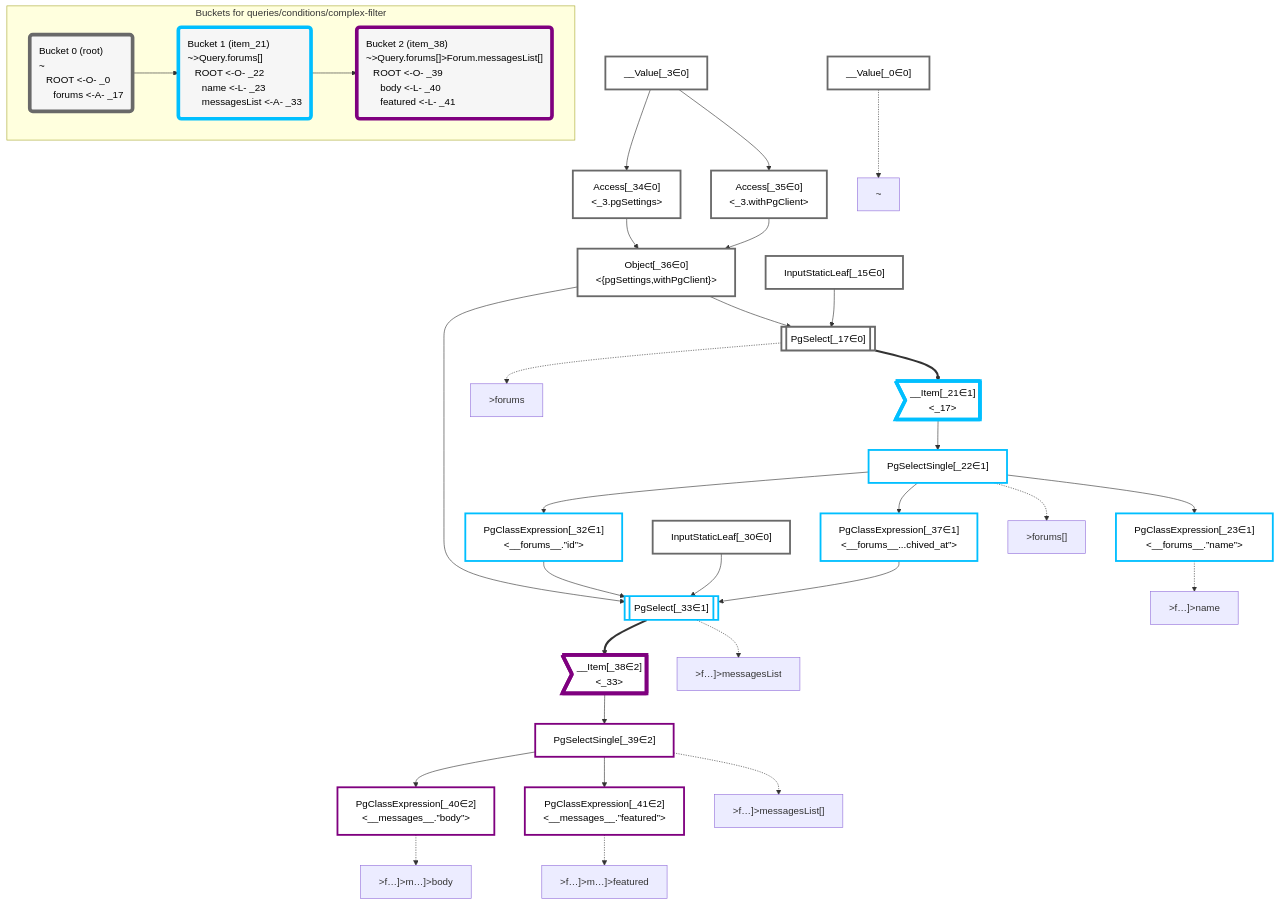
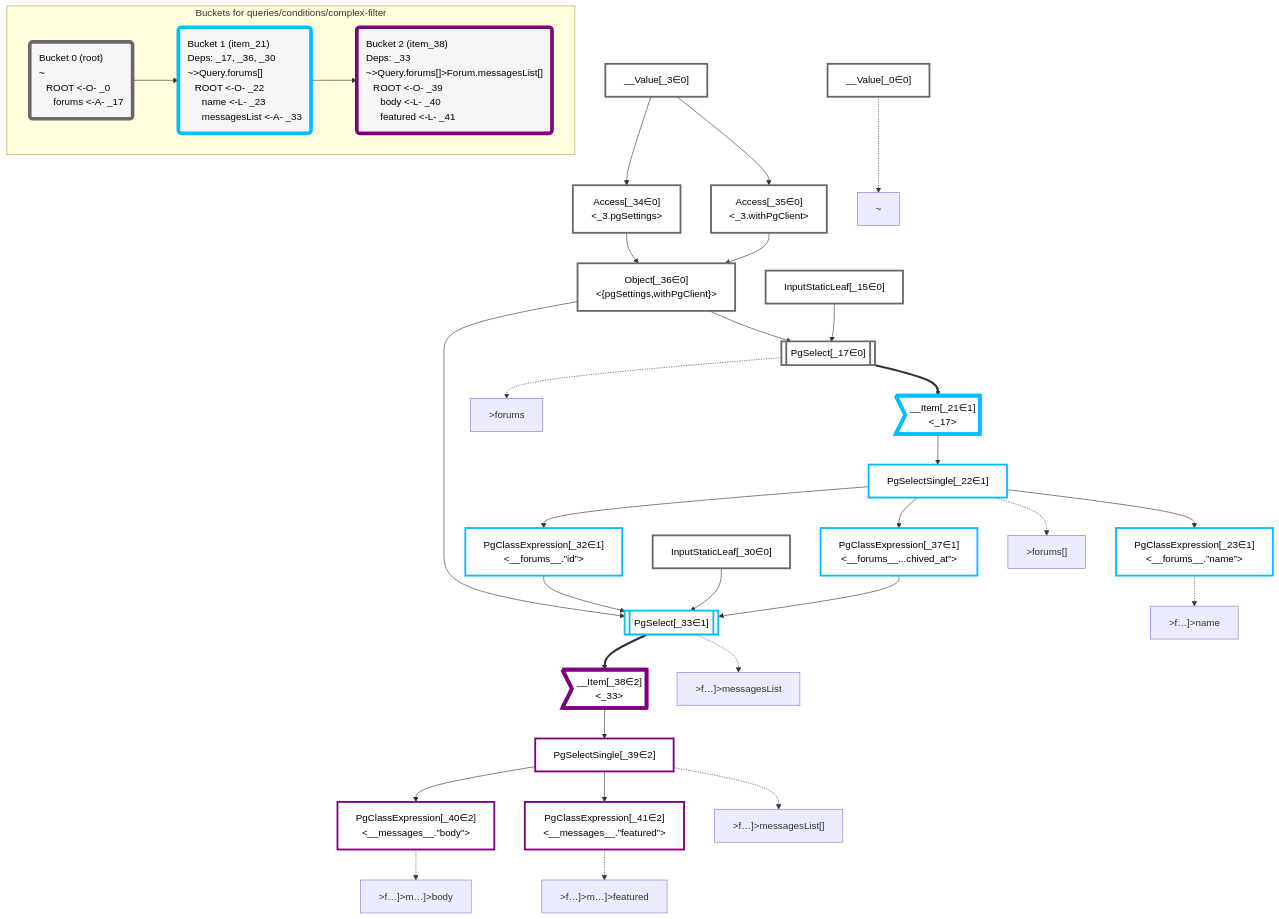
Before and after one commit to graphile/crystal: the diagram in packages/dataplan-pg/__tests__/queries/conditions/complex-filter.deopt.mermaid.md, drawn with Mermaid. The commit also changed 157 other files, not shown here.

Commit message:
Add deps to all query snapshots

```diff
--- a/packages/dataplan-pg/__tests__/queries/conditions/complex-filter.deopt.mermaid.md
+++ b/packages/dataplan-pg/__tests__/queries/conditions/complex-filter.deopt.mermaid.md
@@ -77,10 +77,10 @@
     subgraph "Buckets for queries/conditions/complex-filter"
     Bucket0("Bucket 0 (root)<br />~<br />⠀ROOT <-O- _0<br />⠀⠀forums <-A- _17"):::bucket
     style Bucket0 stroke:#696969
-    Bucket1("Bucket 1 (item_21)<br />~>Query.forums[]<br />⠀ROOT <-O- _22<br />⠀⠀name <-L- _23<br />⠀⠀messagesList <-A- _33"):::bucket
+    Bucket1("Bucket 1 (item_21)<br />Deps: _17, _36, _30<br />~>Query.forums[]<br />⠀ROOT <-O- _22<br />⠀⠀name <-L- _23<br />⠀⠀messagesList <-A- _33"):::bucket
     style Bucket1 stroke:#00bfff
     Bucket0 --> Bucket1
-    Bucket2("Bucket 2 (item_38)<br />~>Query.forums[]>Forum.messagesList[]<br />⠀ROOT <-O- _39<br />⠀⠀body <-L- _40<br />⠀⠀featured <-L- _41"):::bucket
+    Bucket2("Bucket 2 (item_38)<br />Deps: _33<br />~>Query.forums[]>Forum.messagesList[]<br />⠀ROOT <-O- _39<br />⠀⠀body <-L- _40<br />⠀⠀featured <-L- _41"):::bucket
     style Bucket2 stroke:#7f007f
     Bucket1 --> Bucket2
     end
```
